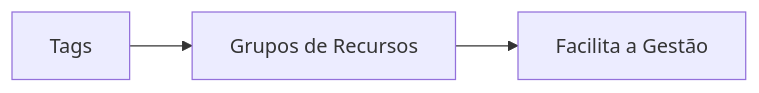
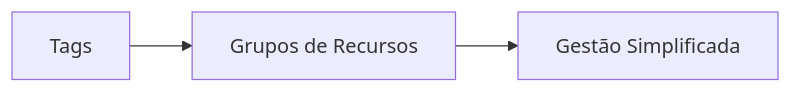
One commit to lvgalvao/data-engineering-roadmap changed the third of 6 diagrams in Bootcamp - Cloud para dados/Aula_10/README.md. Above: the diagram before and after it, drawn with Mermaid. The commit also changed other lines of this file, not shown here.

````diff
--- a/Bootcamp - Cloud para dados/Aula_10/README.md
+++ b/Bootcamp - Cloud para dados/Aula_10/README.md
@@ -78,5 +151,5 @@
    ```mermaid
    graph LR
        Tags[Tags] --> ResourceGroups[Grupos de Recursos]
-       ResourceGroups --> Management[Facilita a Gestão]
+       ResourceGroups --> Management[Gestão Simplificada]
    ```
````
